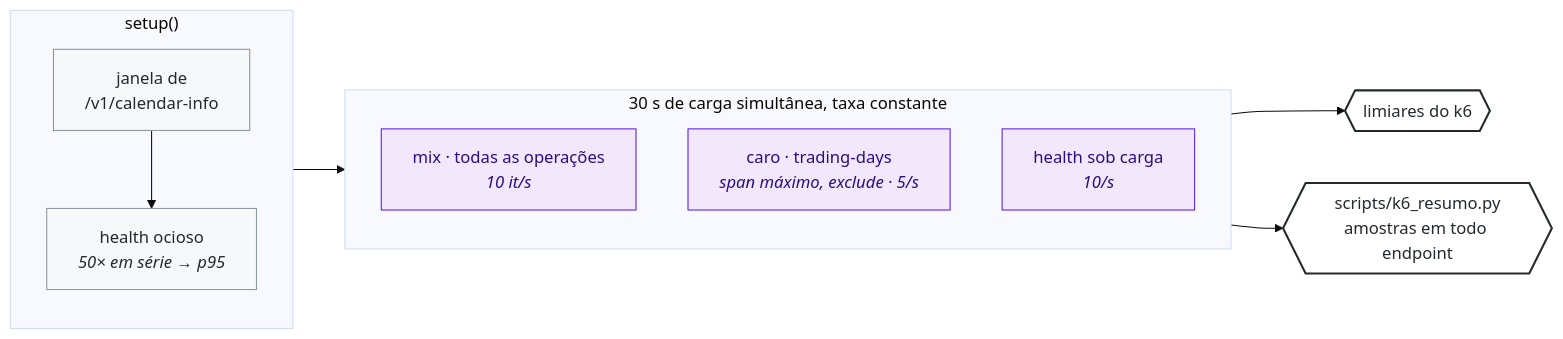
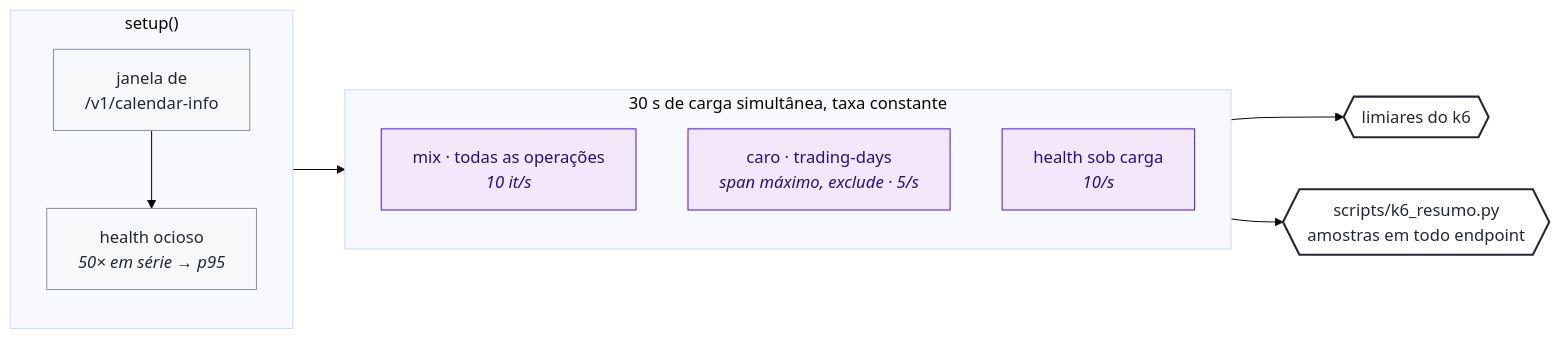
Before and after one commit to rlquilez/b3datetime: the fifth of 6 diagrams in tests/README.md, drawn with Mermaid (base theme). The commit also changed other lines of this file and 1 other file, not shown here.

First line of the commit message:
docs: diagramas Mermaid sem rótulo cortado e pipeline por estágio

````diff
--- a/tests/README.md
+++ b/tests/README.md
@@ -363,19 +360,20 @@
 ```mermaid
+%%{init: {"flowchart": {"wrappingWidth": 480}}}%%
 flowchart LR
     classDef prep fill:#f6f8fa,stroke:#8c959f,color:#24292f
     classDef carga fill:#f3e8fb,stroke:#5319e7,color:#2d0c80
     classDef gate fill:#ffffff,stroke:#24292f,color:#24292f,stroke-width:2px
 
     subgraph setup["setup()"]
         direction TB
         info["janela de<br/>/v1/calendar-info"]:::prep --> ocioso["health ocioso<br/><i>50× em série → p95</i>"]:::prep
     end
     subgraph carga["30 s de carga simultânea, taxa constante"]
         direction TB
         mix["mix · todas as operações<br/><i>10 it/s</i>"]:::carga
         caro["caro · trading-days<br/><i>span máximo, exclude · 5/s</i>"]:::carga
         health["health sob carga<br/><i>10/s</i>"]:::carga
     end
     ocioso --> carga --> lim{{"limiares do k6"}}:::gate
     carga --> trip{{"scripts/k6_resumo.py<br/>amostras em todo endpoint"}}:::gate
 ```
````
